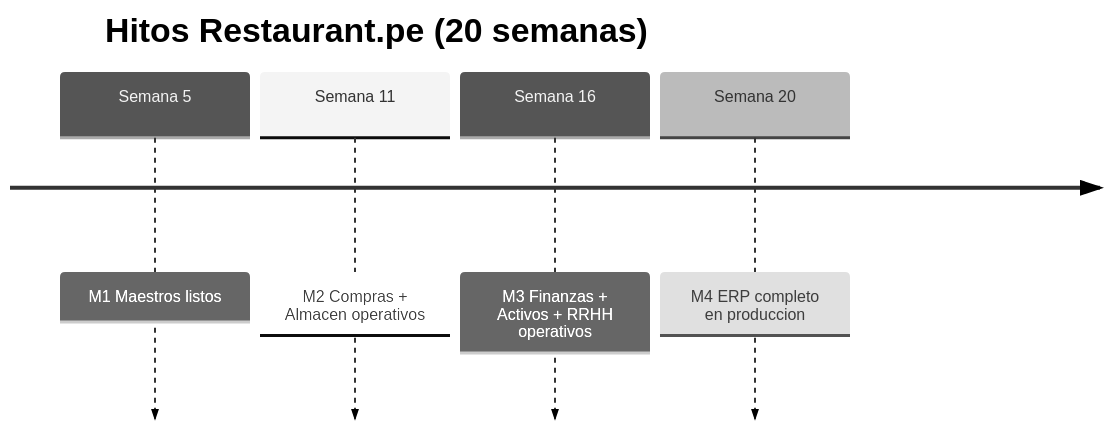
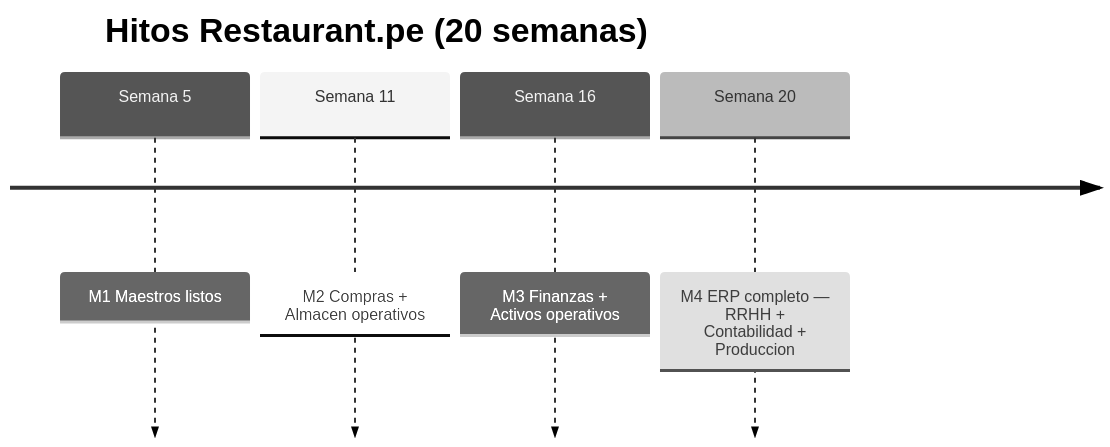
Before and after one commit to jramirezch1978/sigre_web: the sixth of 11 diagrams in restaurante.pe/ROADMAP_RESTAURANT_PE.md, drawn with Mermaid (neutral theme). The commit also changed other lines of this file, not shown here.

Commit message:
refactor: Reorganizar fases del roadmap - Maestros, Compras+Almacen, Finanzas+Activos, RRHH+Contabilidad+Produccion en paralelo al final

````diff
--- a/restaurante.pe/ROADMAP_RESTAURANT_PE.md
+++ b/restaurante.pe/ROADMAP_RESTAURANT_PE.md
@@ -404,8 +420,8 @@
 ```mermaid
 timeline
     title Hitos Restaurant.pe (20 semanas)
-    Semana 5 : M1 Maestros listos
+    Semana 5  : M1 Maestros listos
     Semana 11 : M2 Compras + Almacen operativos
-    Semana 16 : M3 Finanzas + Activos + RRHH operativos
-    Semana 20 : M4 ERP completo en produccion
+    Semana 16 : M3 Finanzas + Activos operativos
+    Semana 20 : M4 ERP completo — RRHH + Contabilidad + Produccion
 ```
````
